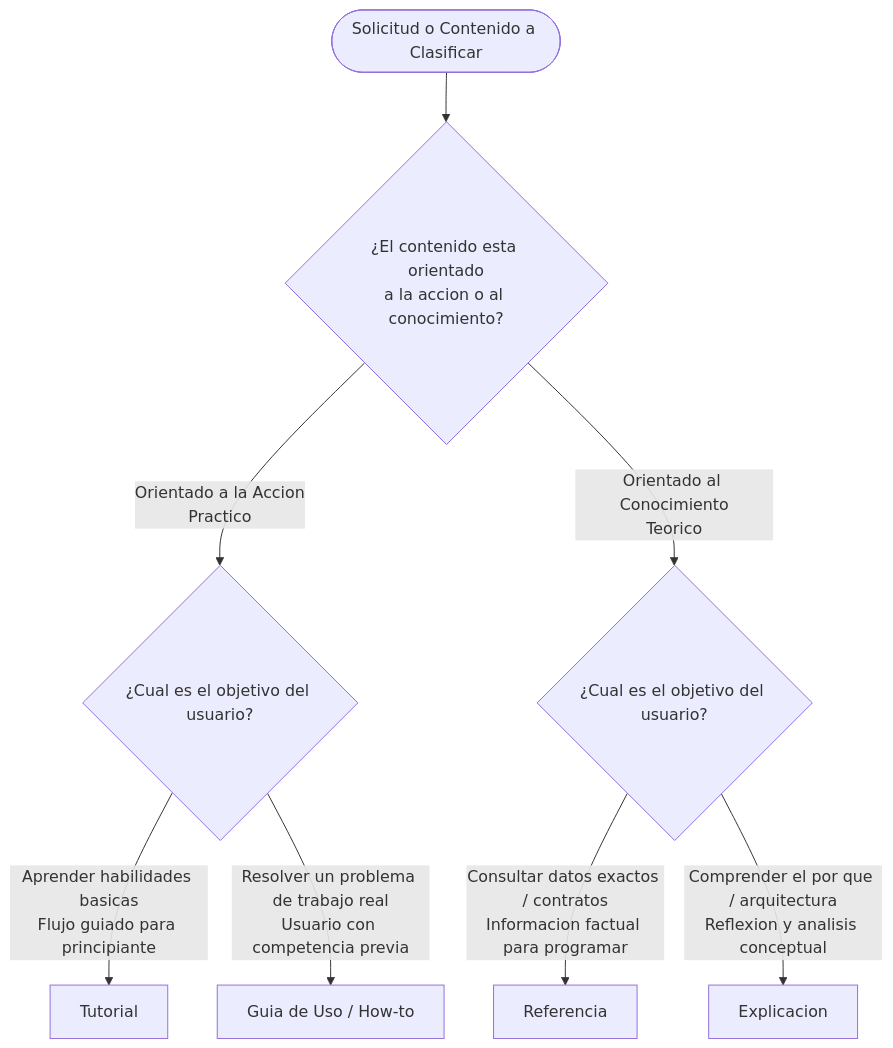
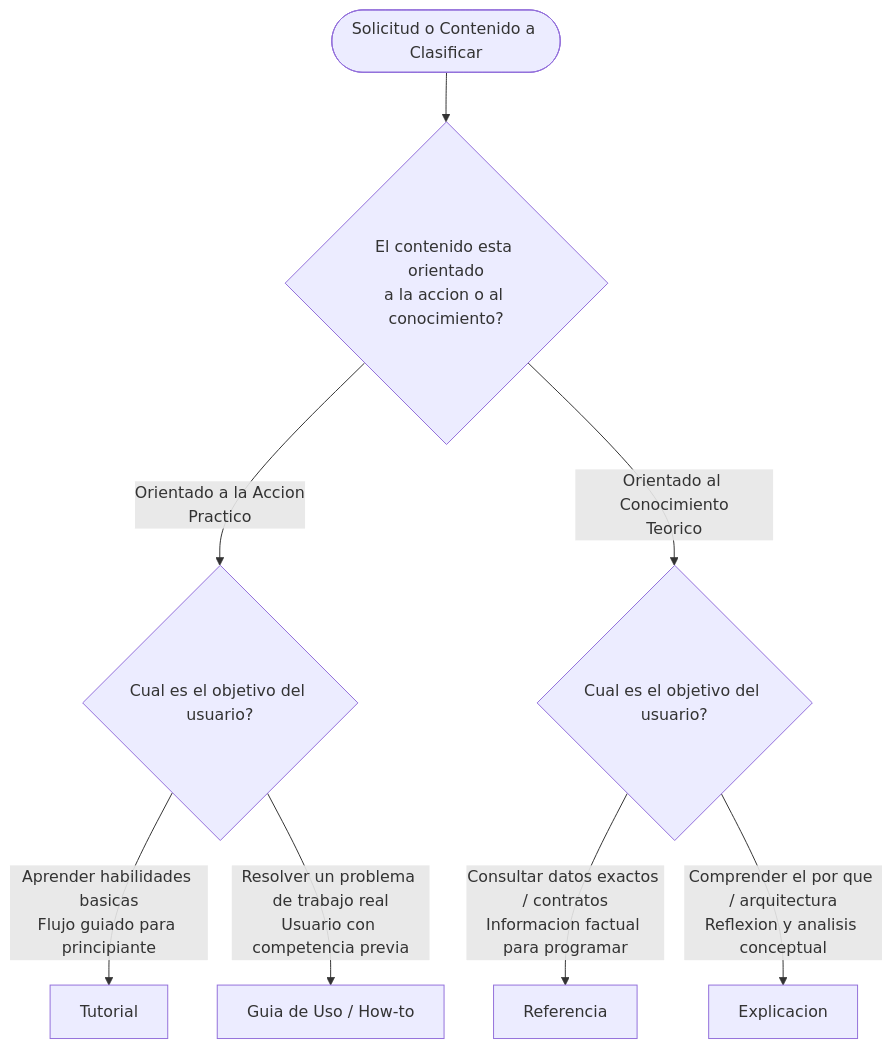
Before and after one commit to EdwinDragusin/agent-core-skills: the third of 4 diagrams in skills/docs-governance-mastery/references/diataxis-quadrants-guide.md, drawn with Mermaid. The commit also changed other lines of this file and 89 other files, not shown here.

````diff
--- a/skills/docs-governance-mastery/references/diataxis-quadrants-guide.md
+++ b/skills/docs-governance-mastery/references/diataxis-quadrants-guide.md
@@ -212,13 +212,13 @@
 ```mermaid
 flowchart TD
-    Inicio([Solicitud o Contenido a Clasificar]) --> DecisionEje1{¿El contenido esta orientado<br/>a la accion o al conocimiento?}
+    Inicio([Solicitud o Contenido a Clasificar]) --> DecisionEje1{El contenido esta orientado<br/>a la accion o al conocimiento?}
     
-    DecisionEje1 -->|Orientado a la Accion<br/>Practico| DecisionEje2Practico{¿Cual es el objetivo del usuario?}
-    DecisionEje1 -->|Orientado al Conocimiento<br/>Teorico| DecisionEje2Teorico{¿Cual es el objetivo del usuario?}
+    DecisionEje1 -->|Orientado a la Accion<br/>Practico| DecisionEje2Practico{Cual es el objetivo del usuario?}
+    DecisionEje1 -->|Orientado al Conocimiento<br/>Teorico| DecisionEje2Teorico{Cual es el objetivo del usuario?}
     
     DecisionEje2Practico -->|Aprender habilidades basicas<br/>Flujo guiado para principiante| CuadTutorial[Tutorial]
     DecisionEje2Practico -->|Resolver un problema de trabajo real<br/>Usuario con competencia previa| CuadGuia[Guia de Uso / How-to]
     
     DecisionEje2Teorico -->|Consultar datos exactos / contratos<br/>Informacion factual para programar| CuadRef[Referencia]
     DecisionEje2Teorico -->|Comprender el por que / arquitectura<br/>Reflexion y analisis conceptual| CuadExp[Explicacion]
 ```
````
